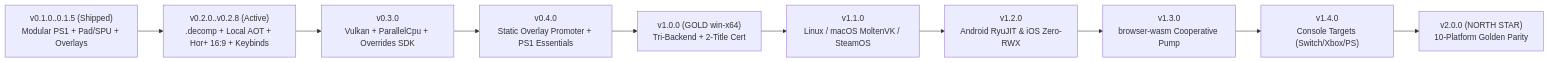
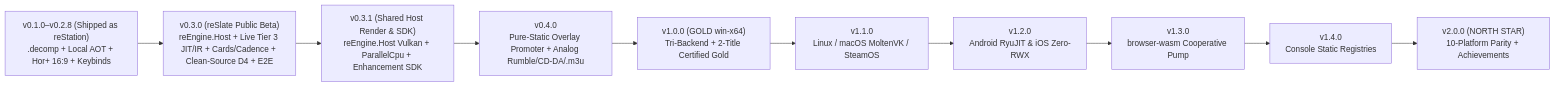
The diagram in ROADMAP.md (StreamItAllGit/reSlate), drawn with Mermaid before and after one commit. The commit also changed other lines of this file and 84 other files, not shown here.

Commit message:
wip(v0.3.0): Phase 2A contract lock, SDK sync, reSlate cutover & pre-splits

````diff
--- a/ROADMAP.md
+++ b/ROADMAP.md
@@ -35,12 +30,12 @@
 ```mermaid
 flowchart LR
-    V01["v0.1.0..0.1.5 (Shipped)\nModular PS1 + Pad/SPU + Overlays"] --> V02["v0.2.0..v0.2.8 (Active)\n.decomp + Local AOT + Hor+ 16:9 + Keybinds"]
-    V02 --> V03["v0.3.0\nVulkan + ParallelCpu + Overrides SDK"]
-    V03 --> V04["v0.4.0\nStatic Overlay Promoter + PS1 Essentials"]
-    V04 --> V10["v1.0.0 (GOLD win-x64)\nTri-Backend + 2-Title Cert"]
+    V02["v0.1.0–v0.2.8 (Shipped as reStation)\n.decomp + Local AOT + Hor+ 16:9 + Keybinds"] --> V03["v0.3.0 (reSlate Public Beta)\nreEngine.Host + Live Tier 3 JIT/IR + Cards/Cadence + Clean-Source D4 + E2E"]
+    V03 --> V031["v0.3.1 (Shared Host Render & SDK)\nreEngine.Host Vulkan + ParallelCpu + Enhancement SDK"]
+    V031 --> V04["v0.4.0\nPure-Static Overlay Promoter + Analog Rumble/CD-DA/.m3u"]
+    V04 --> V10["v1.0.0 (GOLD win-x64)\nTri-Backend + 2-Title Certified Gold"]
     V10 --> V11["v1.1.0\nLinux / macOS MoltenVK / SteamOS"]
     V11 --> V12["v1.2.0\nAndroid RyuJIT & iOS Zero-RWX"]
     V12 --> V13["v1.3.0\nbrowser-wasm Cooperative Pump"]
-    V13 --> V14["v1.4.0\nConsole Targets (Switch/Xbox/PS)"]
-    V14 --> V20["v2.0.0 (NORTH STAR)\n10-Platform Golden Parity"]
+    V13 --> V14["v1.4.0\nConsole Static Registries"]
+    V14 --> V20["v2.0.0 (NORTH STAR)\n10-Platform Parity + Achievements"]
 ```
````
